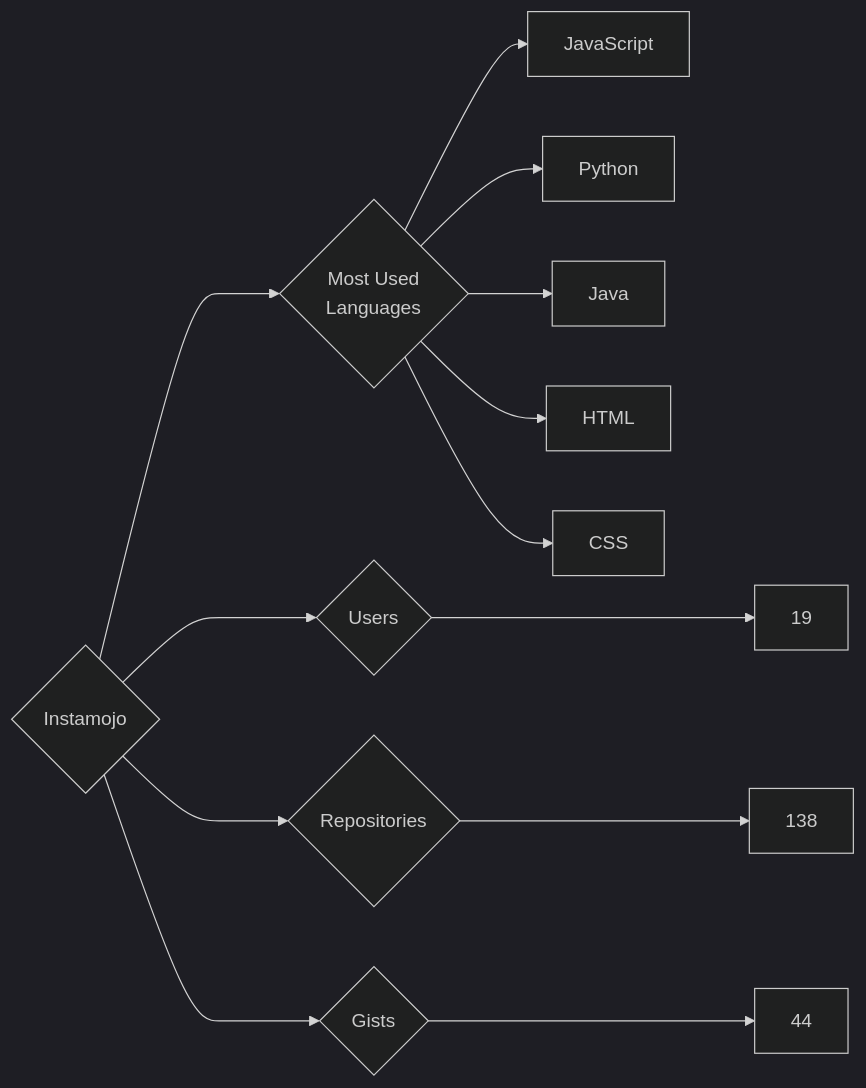
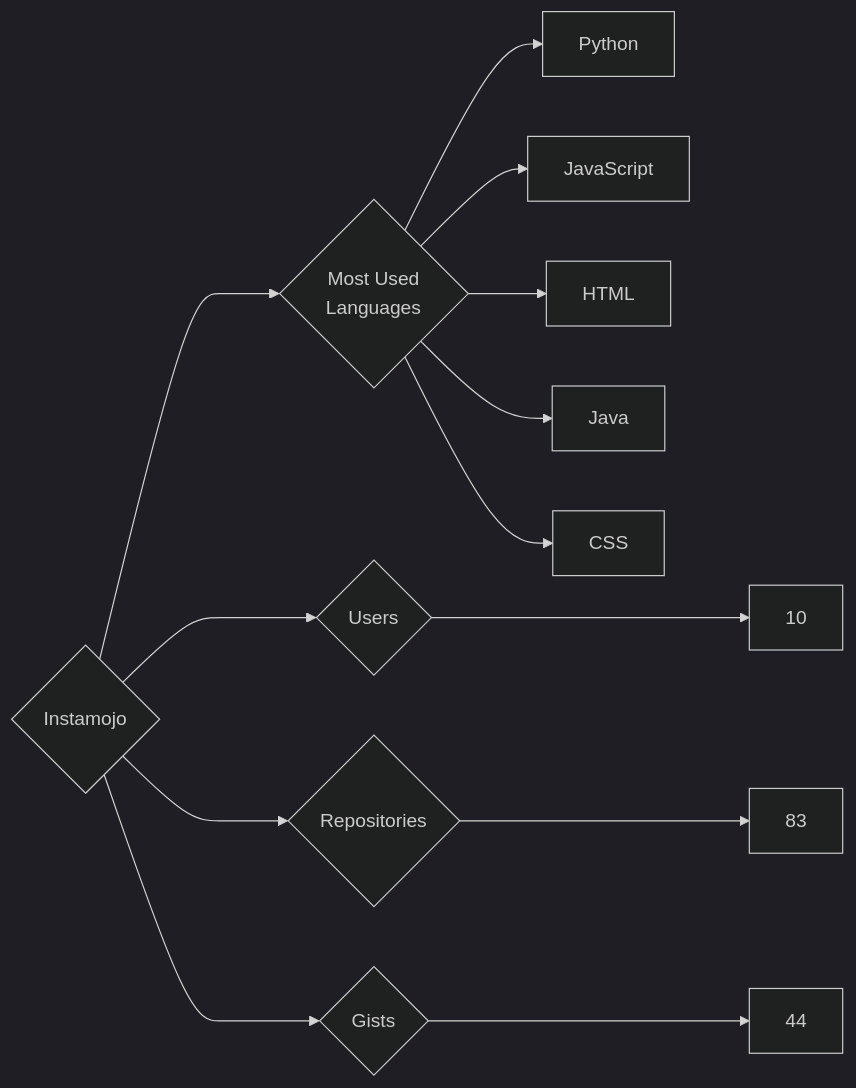
Before and after one commit to trickest/insiders: the diagram in targets/Instamojo/README.md, drawn with Mermaid (dark theme). The commit also changed 932 other files, not shown here.

````diff
--- a/targets/Instamojo/README.md
+++ b/targets/Instamojo/README.md
@@ -3,13 +3,13 @@
 ```mermaid
 graph LR
 COMPANY_NAME{Instamojo}
-COMPANY_NAME ---> U{Users} ---> UN[19]
-COMPANY_NAME ---> R{Repositories} ---> RN[138]
+COMPANY_NAME ---> U{Users} ---> UN[10]
+COMPANY_NAME ---> R{Repositories} ---> RN[83]
 COMPANY_NAME ---> G{Gists} ---> GN[44]
 COMPANY_NAME ---> ML{Most Used<br>Languages}
+ML --> Python[Python]
 ML --> JavaScript[JavaScript]
-ML --> Python[Python]
+ML --> HTML[HTML]
 ML --> Java[Java]
-ML --> HTML[HTML]
 ML --> CSS[CSS]
 ```
````
